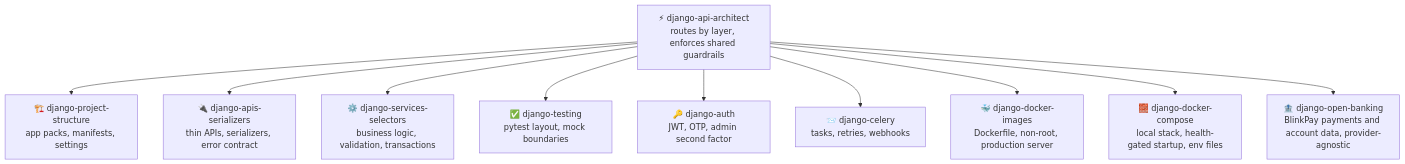
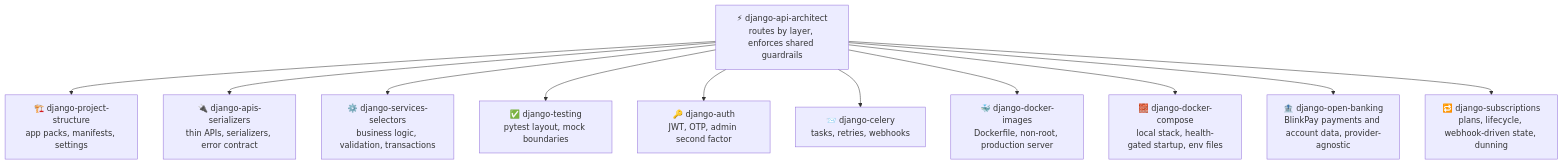
The diagram in README.md (KinwiseNZ-DevOps/django-api-architect), drawn with Mermaid before and after one commit. The commit also changed other lines of this file and 22 other files, not shown here.

````diff
--- a/README.md
+++ b/README.md
@@ -77,13 +78,14 @@
 ```mermaid
 flowchart TD
     R["⚡ django-api-architect<br/>routes by layer, enforces shared guardrails"]
     R --> A["🏗️ django-project-structure<br/>app packs, manifests, settings"]
     R --> C["🔌 django-apis-serializers<br/>thin APIs, serializers, error contract"]
     R --> S["⚙️ django-services-selectors<br/>business logic, validation, transactions"]
     R --> T["✅ django-testing<br/>pytest layout, mock boundaries"]
     R --> A2["🔑 django-auth<br/>JWT, OTP, admin second factor"]
     R --> K["📨 django-celery<br/>tasks, retries, webhooks"]
     R --> D1["🐳 django-docker-images<br/>Dockerfile, non-root, production server"]
     R --> D2["🧱 django-docker-compose<br/>local stack, health-gated startup, env files"]
     R --> OB["🏦 django-open-banking<br/>BlinkPay payments and account data, provider-agnostic"]
+    R --> SUB["🔁 django-subscriptions<br/>plans, lifecycle, webhook-driven state, dunning"]
 ```
````
